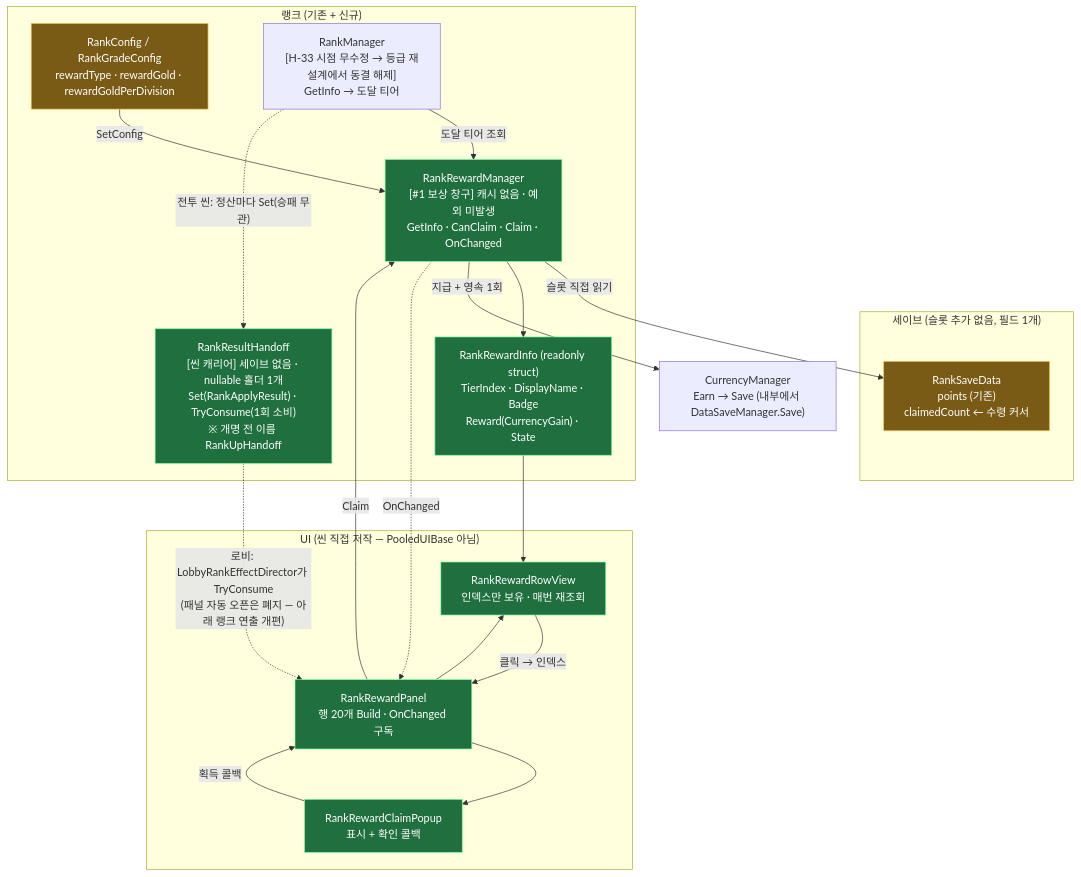
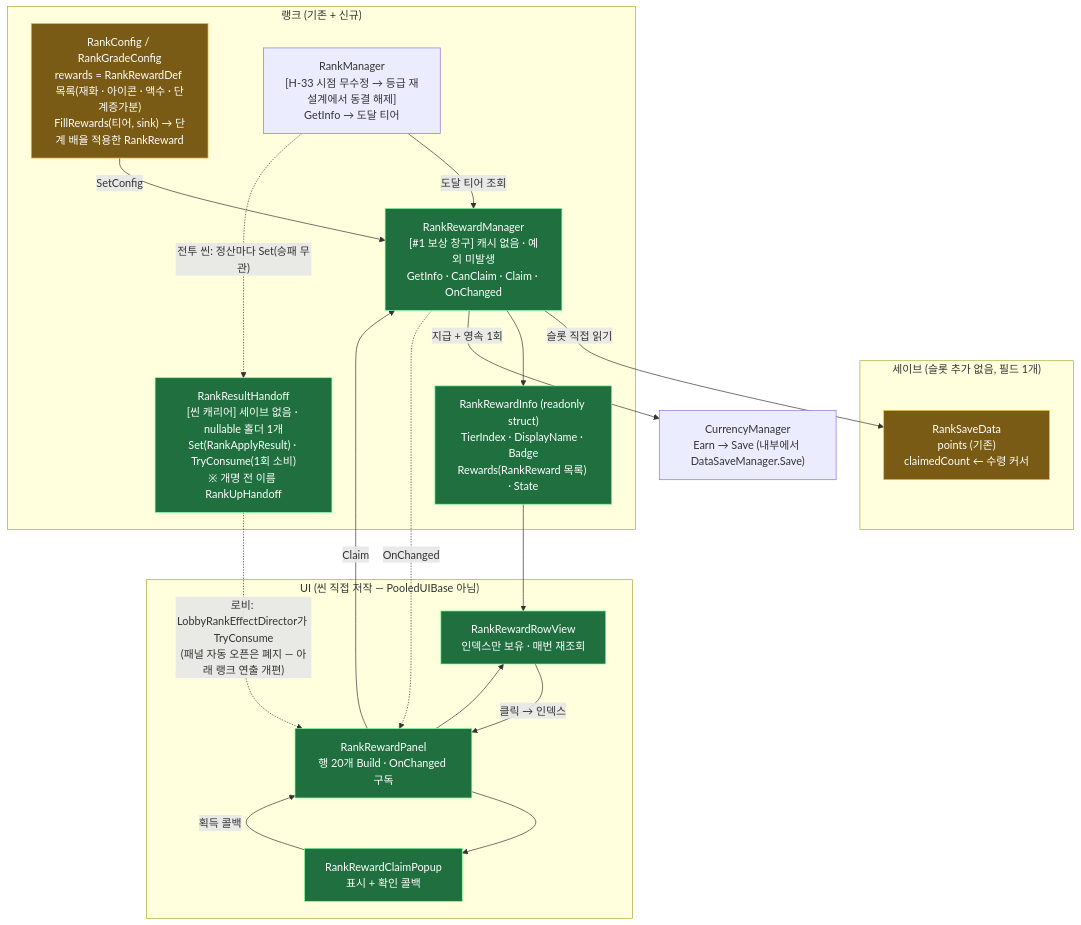
Diagram 14 of 20 in docs/OutGamePlan/STRUCTURE.md (hspark-maker/TeamfightTCG_Migriation), drawn with Mermaid before and after one commit. The commit also changed other lines of this file and 25 other files, not shown here.

````diff
--- a/docs/OutGamePlan/STRUCTURE.md
+++ b/docs/OutGamePlan/STRUCTURE.md
@@ -622,40 +624,40 @@
 ```mermaid
 flowchart TD
     subgraph save["세이브 (슬롯 추가 없음, 필드 1개)"]
         RSD["RankSaveData<br/>points (기존)<br/>claimedCount ← 수령 커서"]:::chg
     end
 
     subgraph rank["랭크 (기존 + 신규)"]
-        CFG["RankConfig / RankGradeConfig<br/>rewardType · rewardGold · rewardGoldPerDivision"]:::chg
+        CFG["RankConfig / RankGradeConfig<br/>rewards = RankRewardDef 목록(재화 · 아이콘 · 액수 · 단계증가분)<br/>FillRewards(티어, sink) → 단계 배율 적용한 RankReward"]:::chg
         MGR["RankManager<br/>[H-33 시점 무수정 → 등급 재설계에서 동결 해제]<br/>GetInfo → 도달 티어"]
         RMGR["RankRewardManager<br/>[#1 보상 창구] 캐시 없음 · 예외 미발생<br/>GetInfo · CanClaim · Claim · OnChanged"]:::new
-        INFO["RankRewardInfo (readonly struct)<br/>TierIndex · DisplayName · Badge<br/>Reward(CurrencyGain) · State"]:::new
+        INFO["RankRewardInfo (readonly struct)<br/>TierIndex · DisplayName · Badge<br/>Rewards(RankReward 목록) · State"]:::new
         HAND["RankResultHandoff<br/>[씬 캐리어] 세이브 없음 · nullable 홀더 1개<br/>Set(RankApplyResult) · TryConsume(1회 소비)<br/>※ 개명 전 이름 RankUpHandoff"]:::new
     end
 
     subgraph ui["UI (씬 직접 저작 — PooledUIBase 아님)"]
         PANEL["RankRewardPanel<br/>행 20개 Build · OnChanged 구독"]:::new
         ROW["RankRewardRowView<br/>인덱스만 보유 · 매번 재조회"]:::new
         POP["RankRewardClaimPopup<br/>표시 + 확인 콜백"]:::new
     end
 
     CUR["CurrencyManager<br/>Earn → Save (내부에서 DataSaveManager.Save)"]
 
     RMGR -->|"슬롯 직접 읽기"| RSD
     CFG -->|SetConfig| RMGR
     MGR -->|"도달 티어 조회"| RMGR
     RMGR --> INFO
     INFO --> ROW
     PANEL --> ROW
     ROW -->|"클릭 → 인덱스"| PANEL
     PANEL --> POP
     POP -->|"획득 콜백"| PANEL
     PANEL -->|Claim| RMGR
     RMGR -->|"지급 + 영속 1회"| CUR
     RMGR -.->|OnChanged| PANEL
     MGR -.->|"전투 씬: 정산마다 Set(승패 무관)"| HAND
     HAND -.->|"로비: LobbyRankEffectDirector가 TryConsume<br/>(패널 자동 오픈은 폐지 — 아래 랭크 연출 개편)"| PANEL
 
     classDef new fill:#1f6f3f,stroke:#7CFC9E,color:#fff;
     classDef chg fill:#7a5b16,stroke:#f2c14e,color:#fff;
 ```
````
